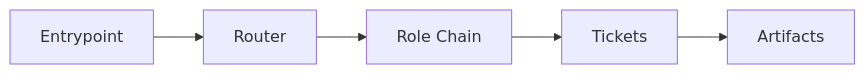
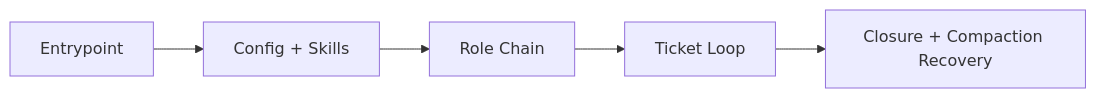
Before and after one commit to Synaptic724/context_compass: the diagram in src/codex/context_compass/examples/example_architecture/src_architecture.md, drawn with Mermaid. The commit also changed other lines of this file and 36 other files, not shown here.

````diff
--- a/src/codex/context_compass/examples/example_architecture/src_architecture.md
+++ b/src/codex/context_compass/examples/example_architecture/src_architecture.md
@@ -69,7 +93,7 @@
 ```mermaid
 flowchart LR
-  E[Entrypoint] --> R[Router]
+  E[Entrypoint] --> R[Config + Skills]
   R --> C[Role Chain]
-  C --> T[Tickets]
-  T --> A[Artifacts]
+  C --> T[Ticket Loop]
+  T --> H[Closure + Compaction Recovery]
 ```
````
